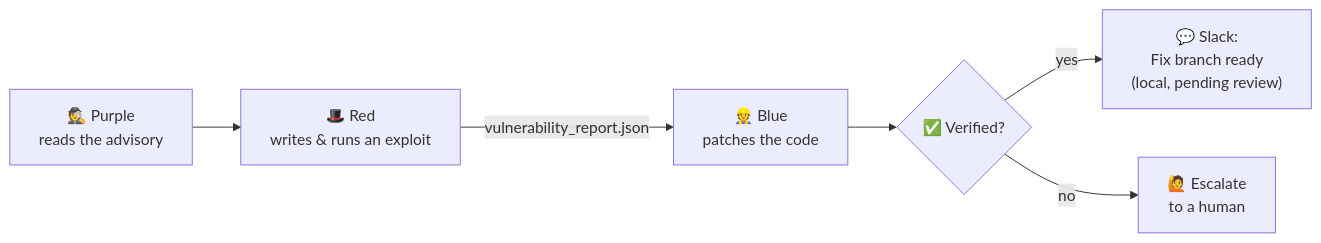
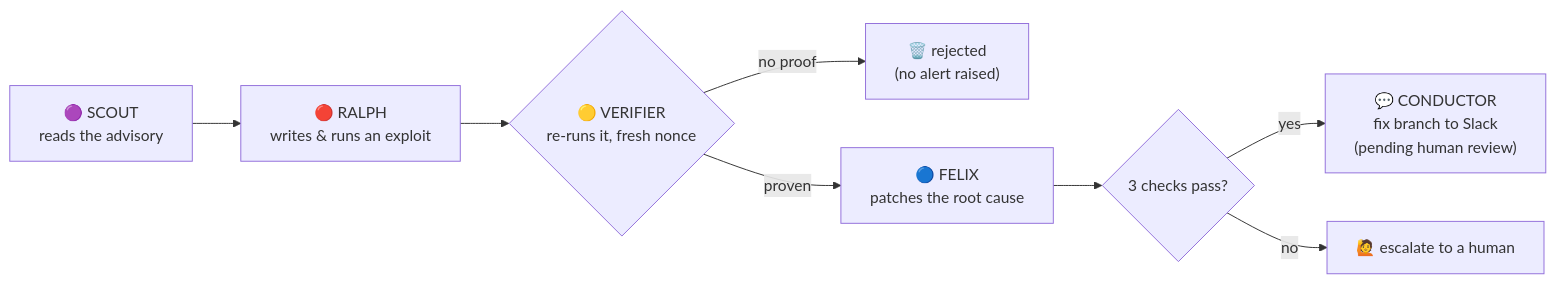
The first of 3 diagrams in README.md (djang-c/WreckLess-Cyber-Security), drawn with Mermaid before and after one commit. The commit also changed other lines of this file and 3 other files, not shown here.

````diff
--- a/README.md
+++ b/README.md
@@ -33,8 +34,10 @@
 ```mermaid
 flowchart LR
-    A["🕵️ Purple<br/>reads the advisory"] --> B["🎩 Red<br/>writes & runs an exploit"]
-    B -->|"vulnerability_report.json"| C["👷 Blue<br/>patches the code"]
-    C --> D{"✅ Verified?"}
-    D -->|yes| E["💬 Slack:<br/>Fix branch ready<br/>(local, pending review)"]
-    D -->|no| F["🙋 Escalate<br/>to a human"]
+    A["🟣 SCOUT<br/>reads the advisory"] --> B["🔴 RALPH<br/>writes & runs an exploit"]
+    B --> C{"🟡 VERIFIER<br/>re-runs it, fresh nonce"}
+    C -->|"no proof"| X["🗑️ rejected<br/>(no alert raised)"]
+    C -->|"proven"| D["🔵 FELIX<br/>patches the root cause"]
+    D --> E{"3 checks pass?"}
+    E -->|"yes"| F["💬 CONDUCTOR<br/>fix branch to Slack<br/>(pending human review)"]
+    E -->|"no"| G["🙋 escalate to a human"]
 ```
````
